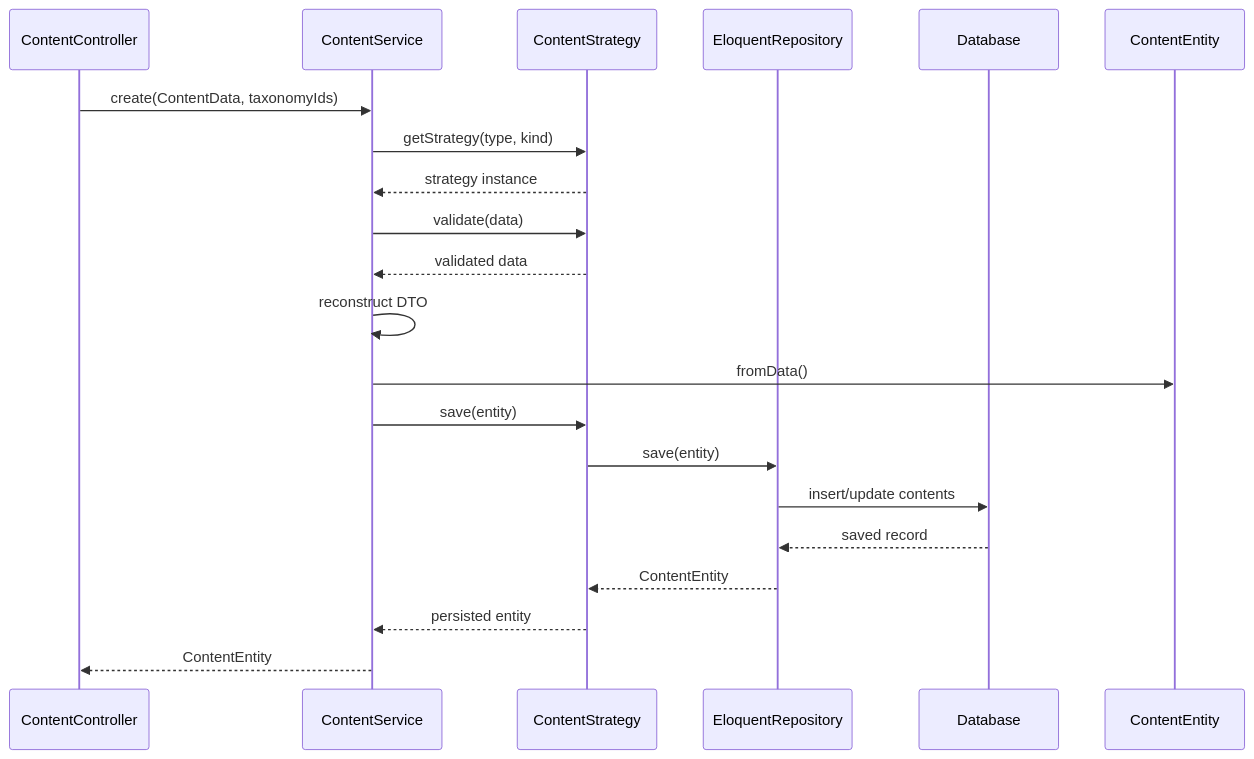
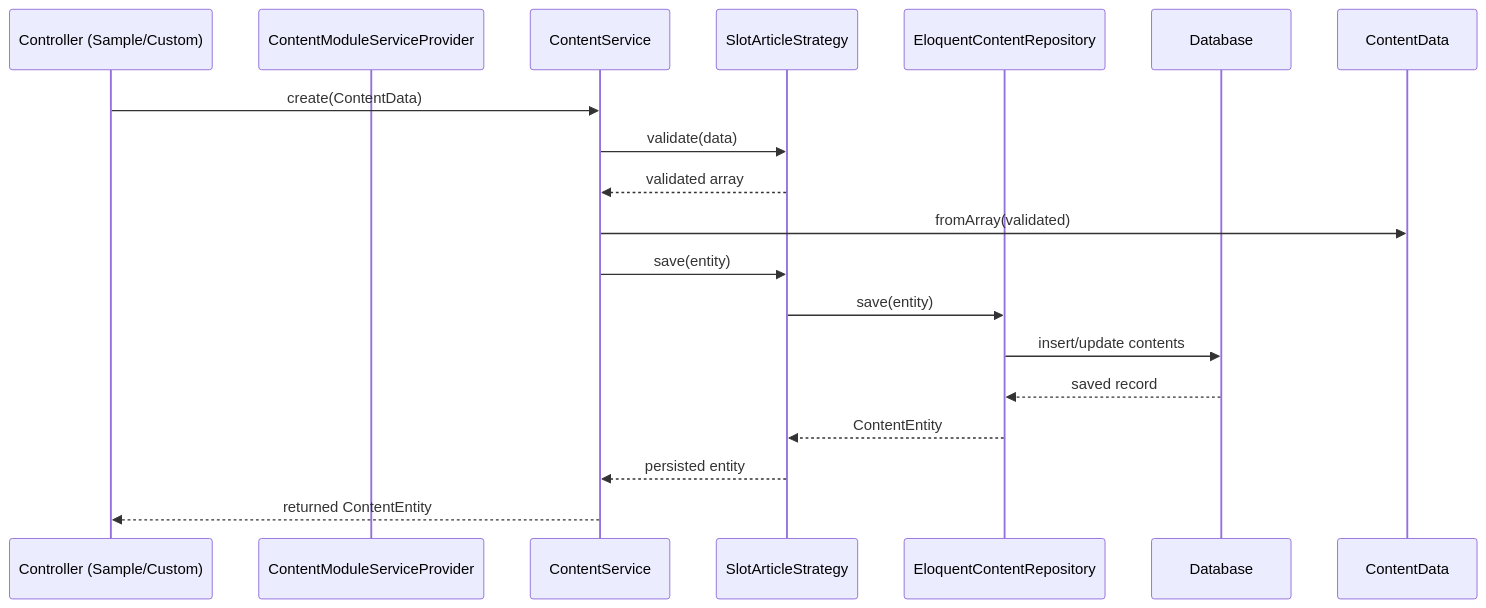
The second of 2 diagrams in slick-book/modules/ContentModule/README.md (isinxnisi/slick-book), drawn with Mermaid before and after one commit. The commit also changed other lines of this file and 2 other files, not shown here.

Commit message:
[update]#12 ContentModule｜ドキュメント更新

````diff
--- a/slick-book/modules/ContentModule/README.md
+++ b/slick-book/modules/ContentModule/README.md
@@ -39,23 +239,22 @@
 ```mermaid
 sequenceDiagram
-    participant C as ContentController
-    participant S as ContentService
-    participant Str as ContentStrategy
-    participant R as EloquentRepository
+    participant Controller as Controller (Sample/Custom)
+    participant CMSProv as ContentModuleServiceProvider
+    participant Service as ContentService
+    participant Strategy as SlotArticleStrategy
+    participant Repo as EloquentContentRepository
     participant DB as Database
 
-    C->>S: create(ContentData, taxonomyIds)
-    S->>Str: getStrategy(type, kind)
-    Str-->>S: strategy instance
-    S->>Str: validate(data)
-    Str-->>S: validated data
-    S->>S: reconstruct DTO
-    S->>ContentEntity: fromData()
-    S->>Str: save(entity)
-    Str->>R: save(entity)
-    R->>DB: insert/update contents
-    DB-->>R: saved record
-    R-->>Str: ContentEntity
-    Str-->>S: persisted entity
-    S-->>C: ContentEntity
+    Controller->>Service: create(ContentData)
+    Service->>Strategy: validate(data)
+    Strategy-->>Service: validated array
+    Service->>ContentData: fromArray(validated)
+    Service->>Strategy: save(entity)
+    Strategy->>Repo: save(entity)
+    Repo->>DB: insert/update contents
+    DB-->>Repo: saved record
+    Repo-->>Strategy: ContentEntity
+    Strategy-->>Service: persisted entity
+    Service-->>Controller: returned ContentEntity
+
 ```
````
